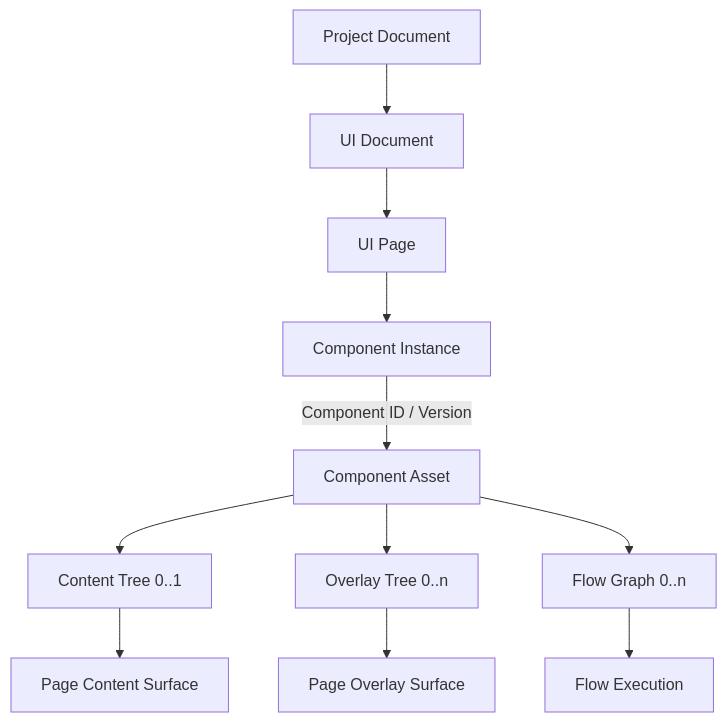
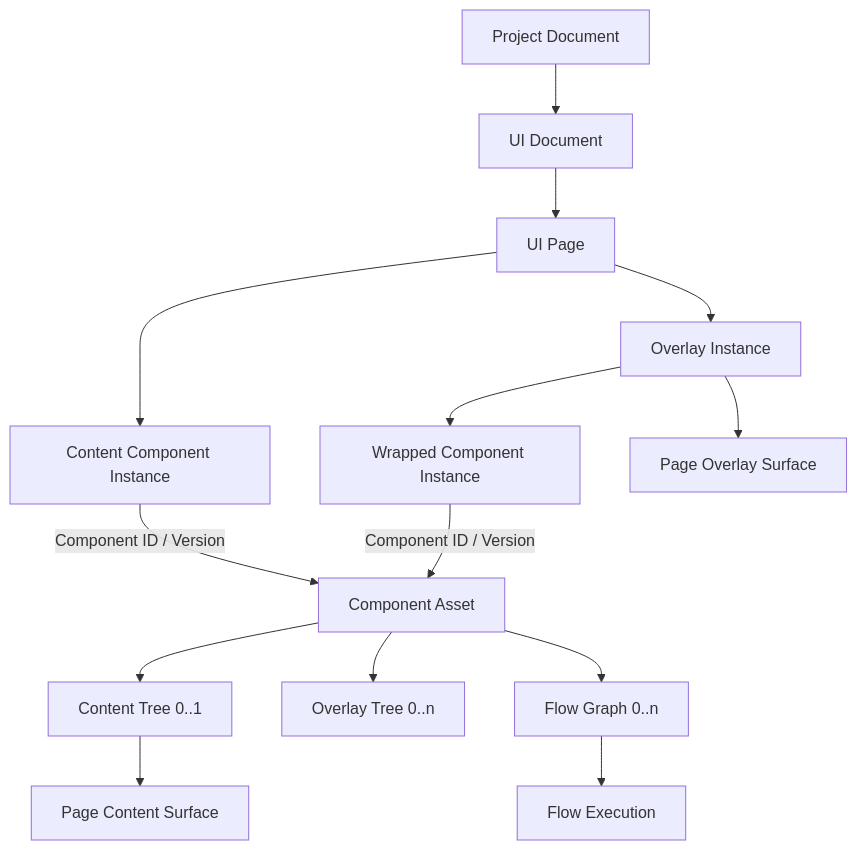
One commit to northwest-hcu/FlagShip changed the second of 5 diagrams in docs/architecture/04-project-document-model.md. Above: the diagram before and after it, drawn with Mermaid. The commit also changed other lines of this file and 52 other files, not shown here.

````diff
--- a/docs/architecture/04-project-document-model.md
+++ b/docs/architecture/04-project-document-model.md
@@ -269,15 +270,18 @@
 ```mermaid
 flowchart TB
     Project["Project Document"] --> UI["UI Document"]
     UI --> Page["UI Page"]
-    Page --> Instance["Component Instance"]
+    Page --> Instance["Content Component Instance"]
+    Page --> OverlayInstance["Overlay Instance"]
+    OverlayInstance --> WrappedInstance["Wrapped Component Instance"]
 
     Instance -->|"Component ID / Version"| Component["Component Asset"]
+    WrappedInstance -->|"Component ID / Version"| Component
     Component --> Content["Content Tree 0..1"]
     Component --> Overlay["Overlay Tree 0..n"]
     Component --> Graph["Flow Graph 0..n"]
 
     Content --> PageContent["Page Content Surface"]
-    Overlay --> PageOverlay["Page Overlay Surface"]
+    OverlayInstance --> PageOverlay["Page Overlay Surface"]
     Graph --> Execution["Flow Execution"]
 ```
````
